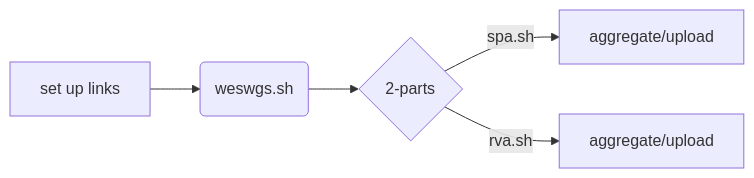
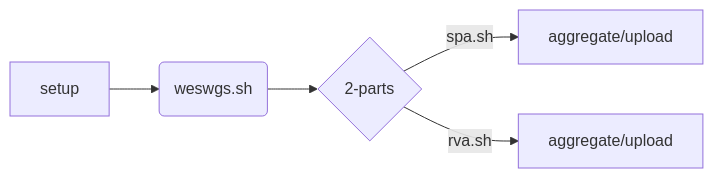
One commit to jinghuazhao/SCALLOP-Seq changed the diagram in README.md. Above: the diagram before and after it, drawn with Mermaid.

```diff
--- a/README.md
+++ b/README.md
@@ -24,7 +24,7 @@
 <div class="mermaid">
 graph LR;
-A[set up links] -->B(weswgs.sh);
+A[setup] -->B(weswgs.sh);
     B --> C{2-parts};
     C -->|spa.sh| D[aggregate/upload];
     C -->|rva.sh| E[aggregate/upload];
 </div>
```
